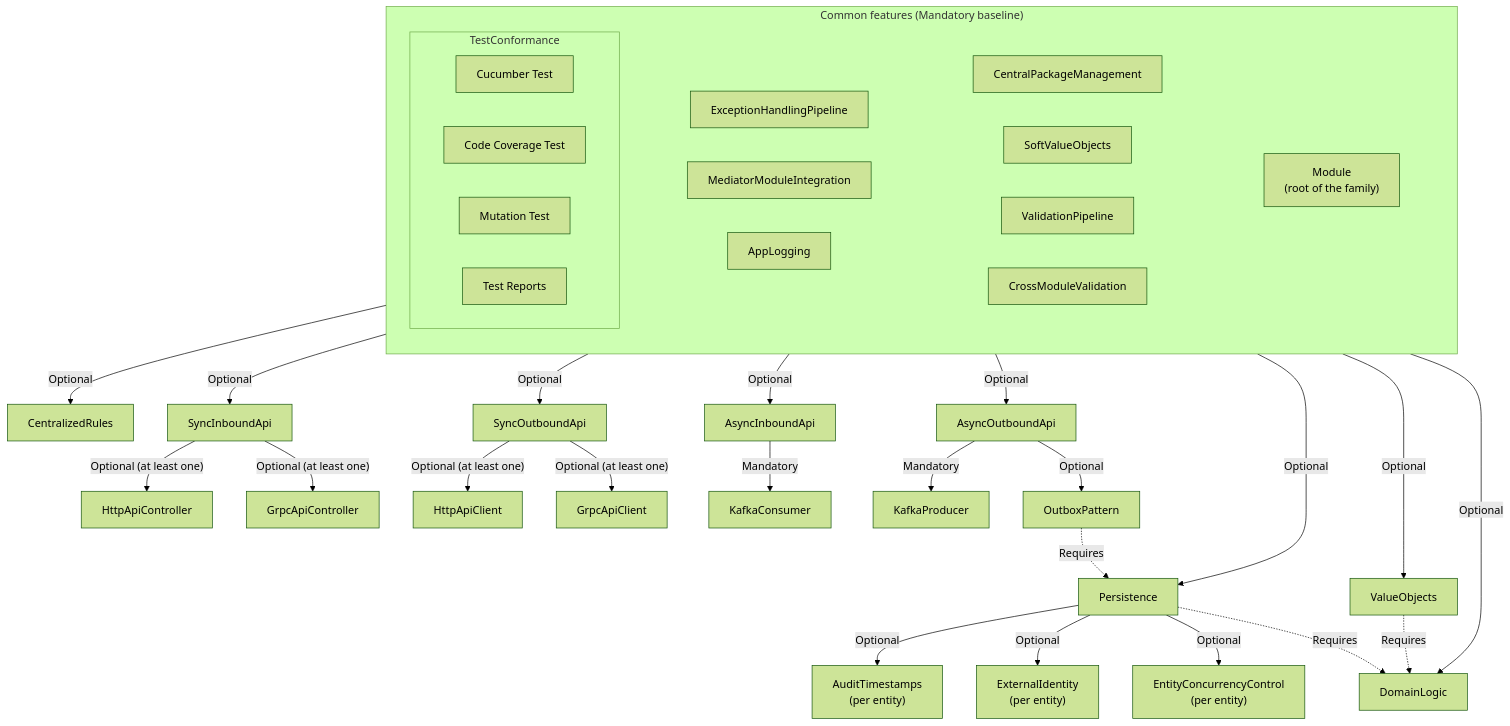
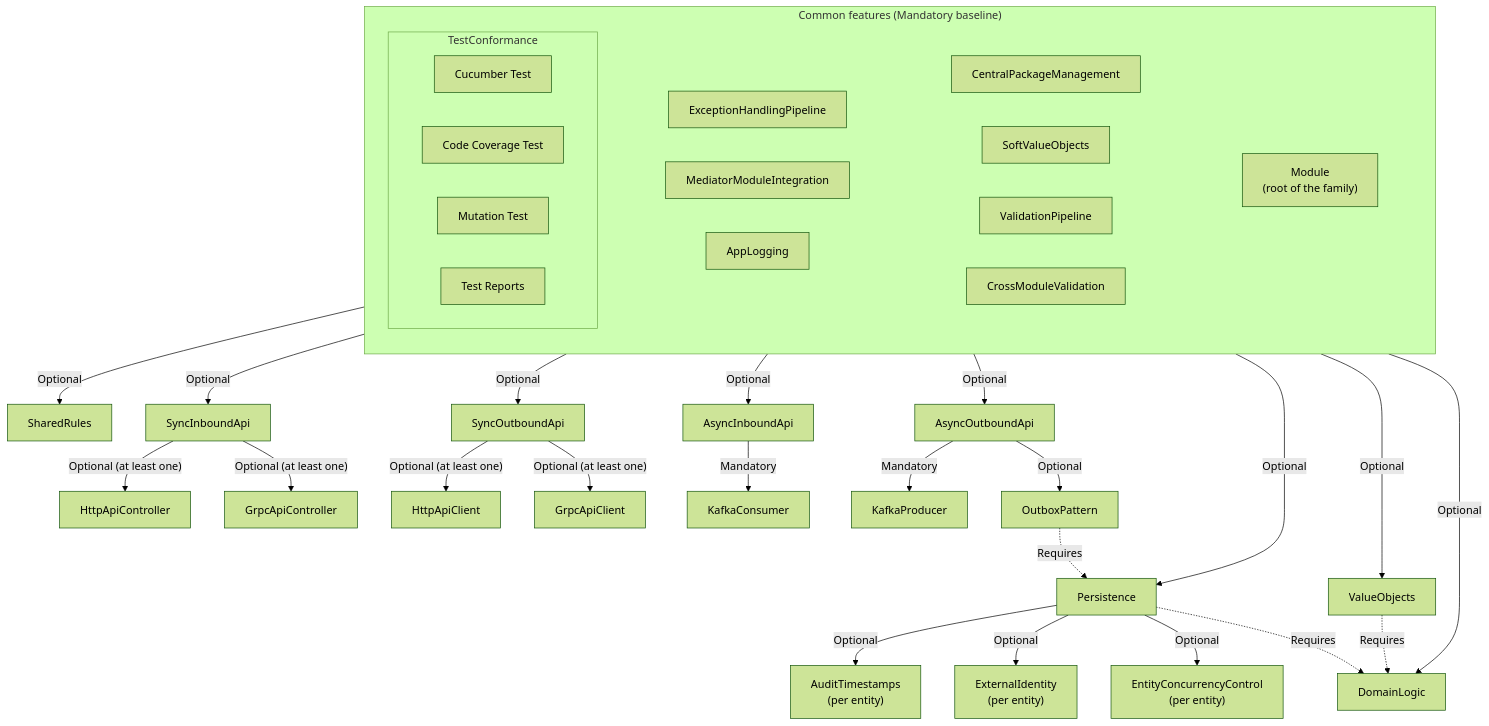
One commit to InsonusK/ai-skills changed the diagram in skills/dotnet/architecture/v3.1/feature/diagrams/feature-diagram.mmd. Above: the diagram before and after it, drawn with Mermaid (forest theme). The commit also changed 86 other files, not shown here.

```diff
--- a/skills/dotnet/architecture/v3.1/feature/diagrams/feature-diagram.mmd
+++ b/skills/dotnet/architecture/v3.1/feature/diagrams/feature-diagram.mmd
@@ -1,60 +1,60 @@
 graph TD
     subgraph Common["Common features (Mandatory baseline)"]
         direction TB
         subgraph CommonRow1[" "]
             direction LR
             Module["Module<br/>(root of the family)"]
         end
         subgraph CommonRow2[" "]
             direction LR
             CPM["CentralPackageManagement"]
             SVO["SoftValueObjects"]
             VP["ValidationPipeline"]
             CMV["CrossModuleValidation"]
         end
         subgraph CommonRow3[" "]
             direction LR
             EHP["ExceptionHandlingPipeline"]
             MMI["MediatorModuleIntegration"]
             LOG["AppLogging"]
         end
         subgraph TC["TestConformance"]
             direction LR
             CUC["Cucumber Test"]
             COV["Code Coverage Test"]
             MUT["Mutation Test"]
             REP["Test Reports"]
         end
     end
     style CommonRow1 fill:none,stroke:none
     style CommonRow2 fill:none,stroke:none
     style CommonRow3 fill:none,stroke:none
 
     Common -->|Optional| DL["DomainLogic"]
     Common -->|Optional| VO["ValueObjects"]
     Common -->|Optional| PST["Persistence"]
-    Common -->|Optional| CR["CentralizedRules"]
+    Common -->|Optional| SR["SharedRules"]
 
     PST -->|Optional| ECC["EntityConcurrencyControl<br/>(per entity)"]
     PST -->|Optional| EI["ExternalIdentity<br/>(per entity)"]
     PST -->|Optional| AT["AuditTimestamps<br/>(per entity)"]
 
     PST -. "Requires" .-> DL
     VO -. "Requires" .-> DL
 
     Common -->|Optional| SIA["SyncInboundApi"]
     SIA -->|"Optional (at least one)"| HAC["HttpApiController"]
     SIA -->|"Optional (at least one)"| GAC["GrpcApiController"]
 
     Common -->|Optional| SOA["SyncOutboundApi"]
     SOA -->|"Optional (at least one)"| HACL["HttpApiClient"]
     SOA -->|"Optional (at least one)"| GACL["GrpcApiClient"]
 
     Common -->|Optional| AIA["AsyncInboundApi"]
     AIA -->|Mandatory| KC["KafkaConsumer"]
 
     Common -->|Optional| AOA["AsyncOutboundApi"]
     AOA -->|Mandatory| KP["KafkaProducer"]
     AOA -->|Optional| OP["OutboxPattern"]
 
     OP -. "Requires" .-> PST
```
